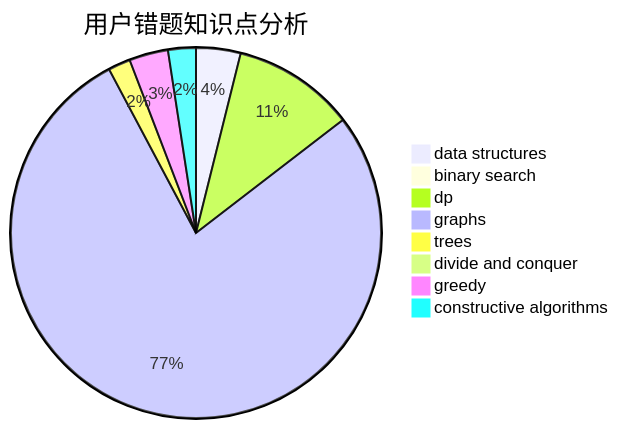
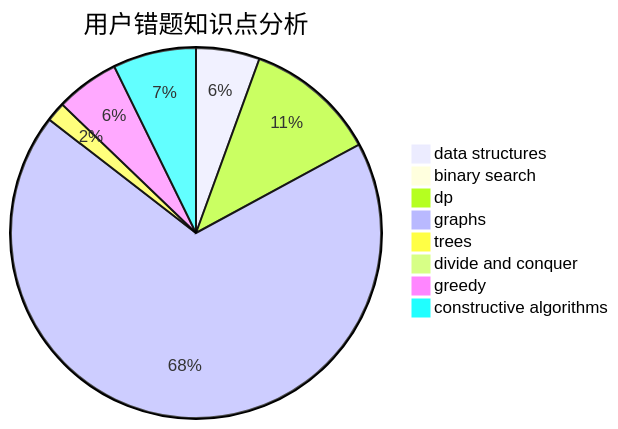
One commit to sherpahu/cfrs.github.io changed the third of 3 diagrams in docs/user/u548.md. Above: the diagram before and after it, drawn with Mermaid. The commit also changed other lines of this file and 2770 other files, not shown here.

````diff
--- a/docs/user/u548.md
+++ b/docs/user/u548.md
@@ -36,11 +36,11 @@
 ```mermaid
 pie title 用户错题知识点分析
-    "data structures" :  8
+    "data structures" :  13
     "binary search" :  0
-    "dp" :  22
+    "dp" :  27
     "graphs" :  160
     "trees" :  4
-    "divide and conquer" :  1
-    "greedy" :  7
-    "constructive algorithms" :  5
+    "divide and conquer" :  2
+    "greedy" :  13
+    "constructive algorithms" :  17
 ```
````
